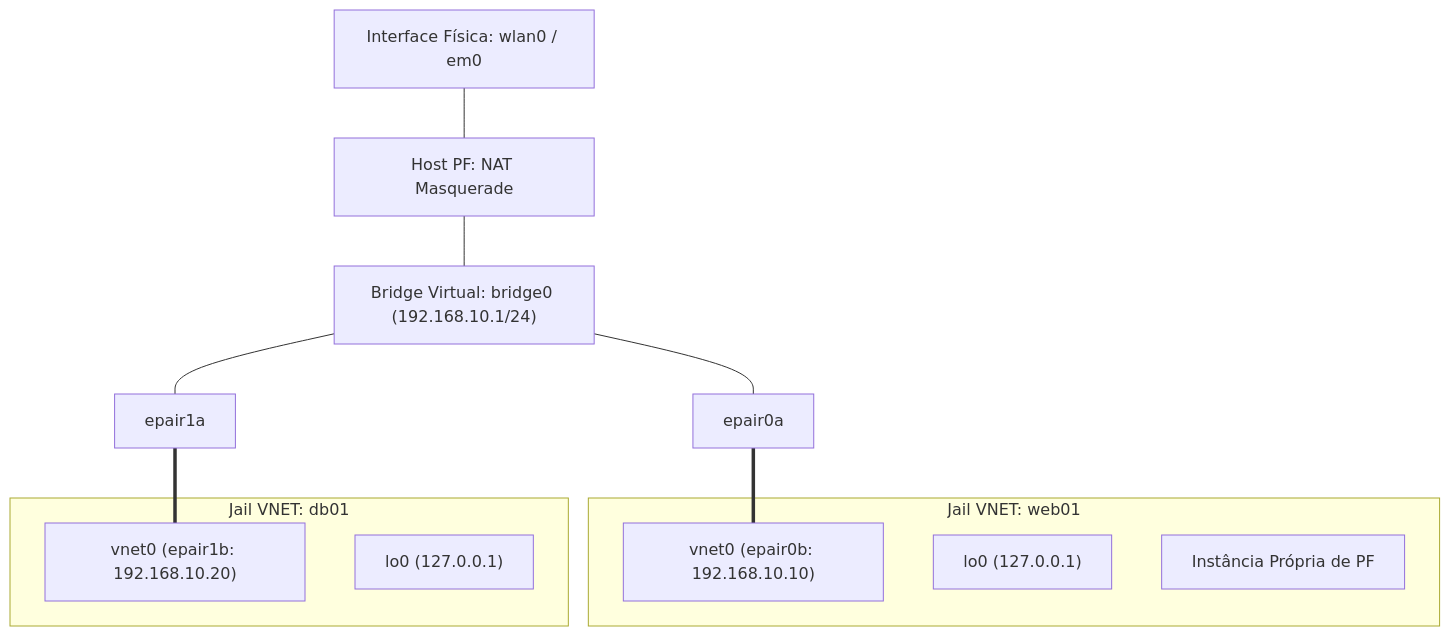
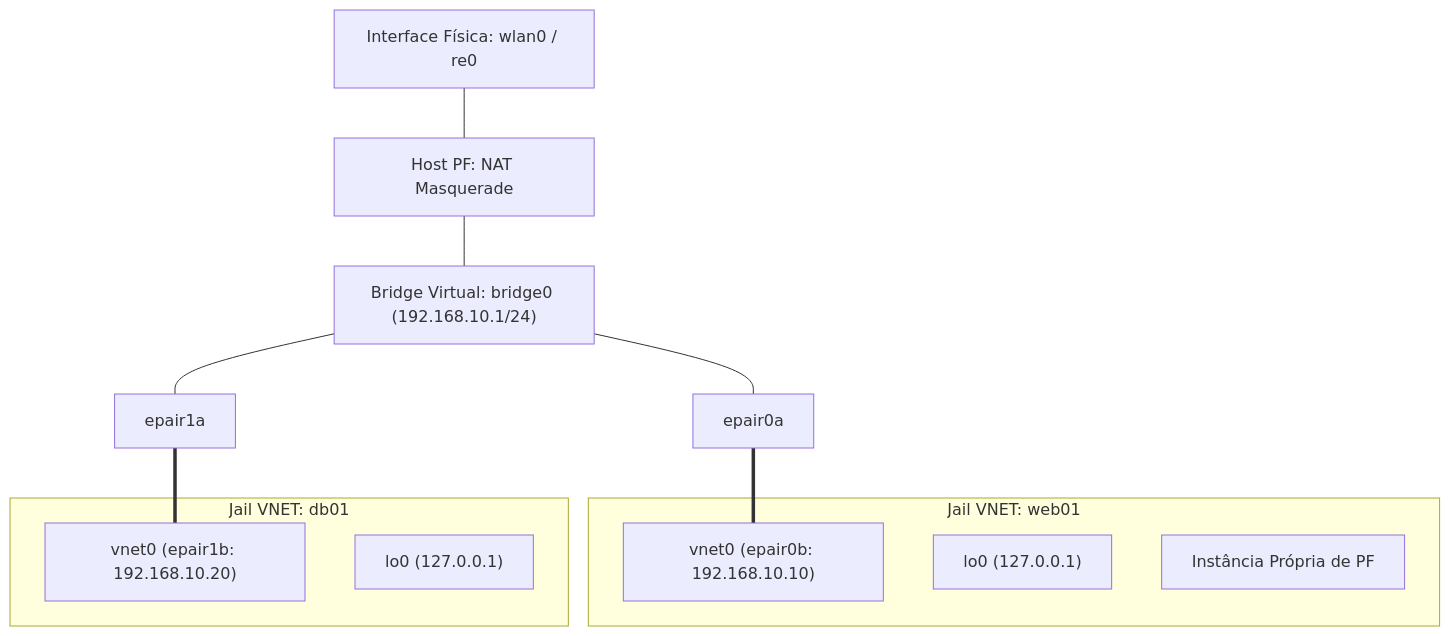
One commit to GabrielFrigo4/environment changed the diagram in docs/virtualization/jails/01-jail-conf-e-redes-vnet.md. Above: the diagram before and after it, drawn with Mermaid. The commit also changed other lines of this file and 29 other files, not shown here.

````diff
--- a/docs/virtualization/jails/01-jail-conf-e-redes-vnet.md
+++ b/docs/virtualization/jails/01-jail-conf-e-redes-vnet.md
@@ -22,26 +22,26 @@
 ```mermaid
 flowchart TD
-    PHYS["Interface Física: wlan0 / em0"]
+    PHYS["Interface Física: wlan0 / re0"]
     PF_NAT["Host PF: NAT Masquerade"]
     BRIDGE["Bridge Virtual: bridge0 (192.168.10.1/24)"]
 
     PHYS --- PF_NAT
     PF_NAT --- BRIDGE
 
     subgraph JAIL1 ["Jail VNET: web01"]
         EPAIR0B["vnet0 (epair0b: 192.168.10.10)"]
         LO1["lo0 (127.0.0.1)"]
         PF1["Instância Própria de PF"]
     end
 
     subgraph JAIL2 ["Jail VNET: db01"]
         EPAIR1B["vnet0 (epair1b: 192.168.10.20)"]
         LO2["lo0 (127.0.0.1)"]
     end
 
     BRIDGE --- EPAIR0A["epair0a"]
     EPAIR0A === EPAIR0B
 
     BRIDGE --- EPAIR1A["epair1a"]
     EPAIR1A === EPAIR1B
 ```
````
